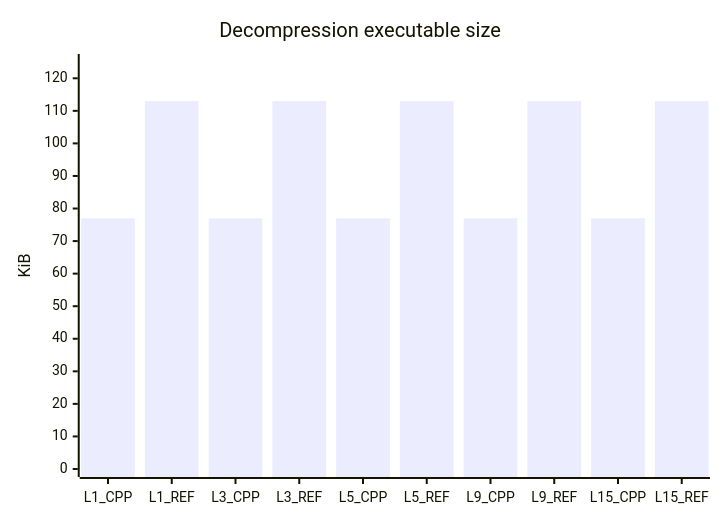
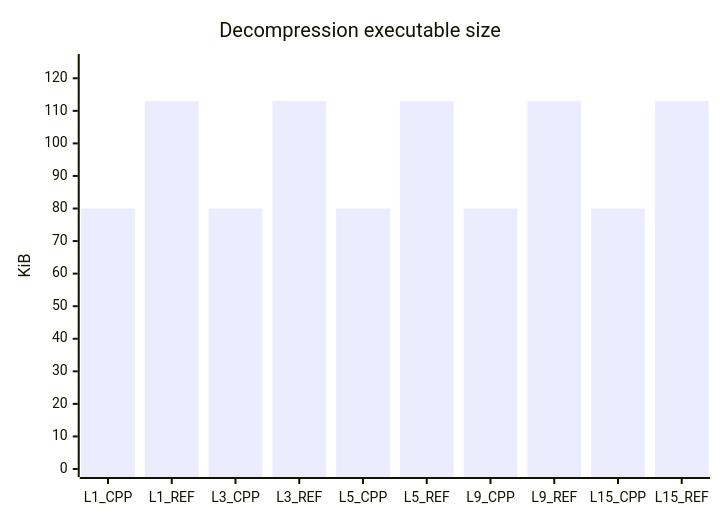
One commit to mheyman/zstdpp changed the seventh of 7 diagrams in README.md. Above: the diagram before and after it, drawn with Mermaid. The commit also changed other lines of this file and 4 other files, not shown here.

````diff
--- a/README.md
+++ b/README.md
@@ -194,7 +194,7 @@
 ```mermaid
 xychart-beta
     title "Decompression executable size"
     x-axis [L1_CPP, L1_REF, L3_CPP, L3_REF, L5_CPP, L5_REF, L9_CPP, L9_REF, L15_CPP, L15_REF]
     y-axis "KiB" 0 --> 125
-    bar [77, 113, 77, 113, 77, 113, 77, 113, 77, 113]
+    bar [80, 113, 80, 113, 80, 113, 80, 113, 80, 113]
 ```
````
